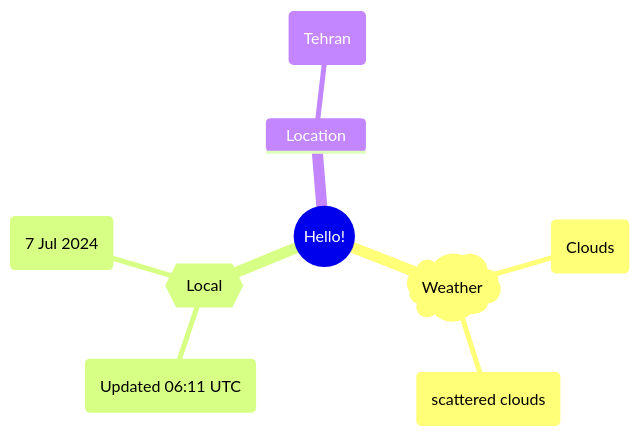
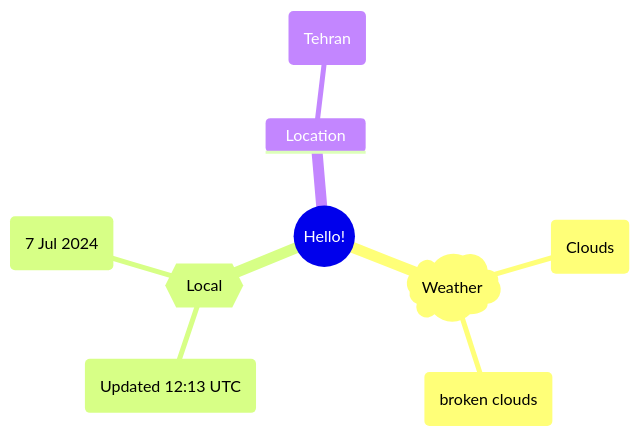
One commit to Xosrov/Xosrov changed the first of 2 diagrams in README.md. Above: the diagram before and after it, drawn with Mermaid.

Commit message:
[bot] updated images

````diff
--- a/README.md
+++ b/README.md
@@ -3,12 +3,12 @@
 ```mermaid
 mindmap
   root((Hello!))
     )Weather(
         (Clouds)
-        (scattered clouds)
+        (broken clouds)
     {{Local}}
-        (Updated 06:11 UTC)
+        (Updated 12:13 UTC)
         (7 Jul 2024)
     Location
         (Tehran)
 ```
````
